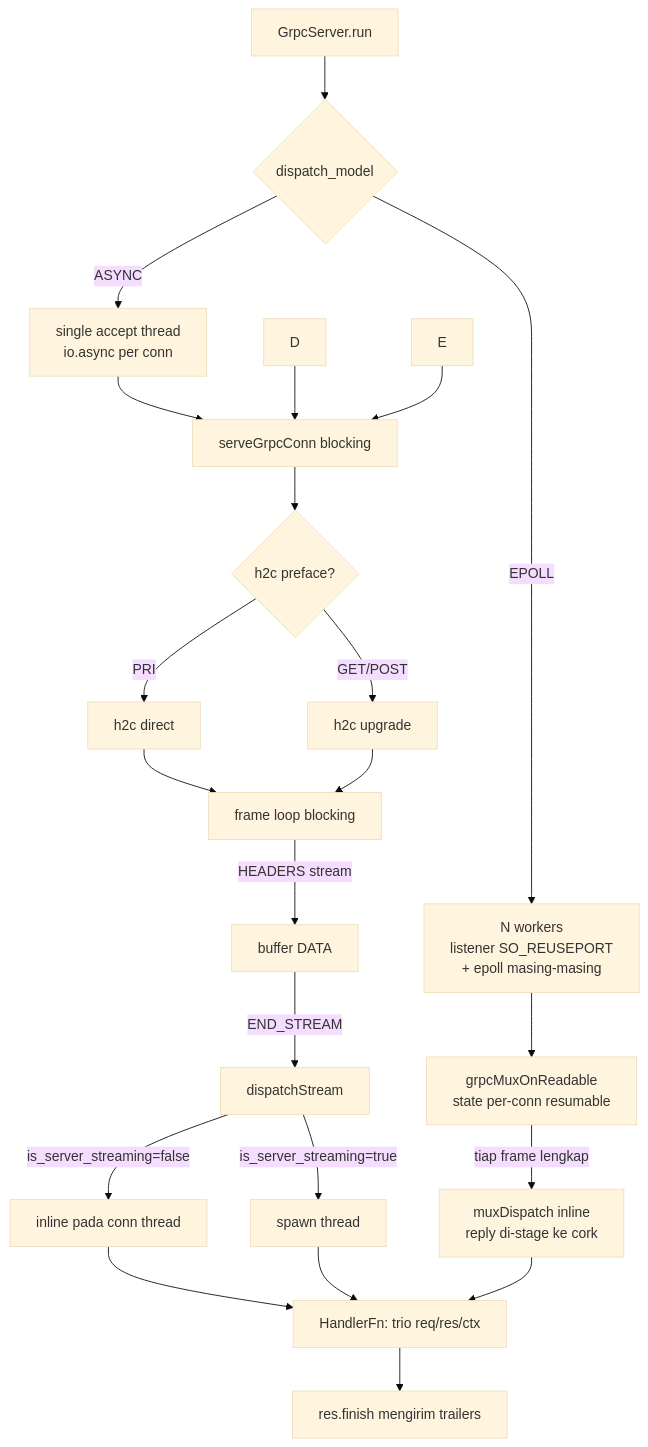
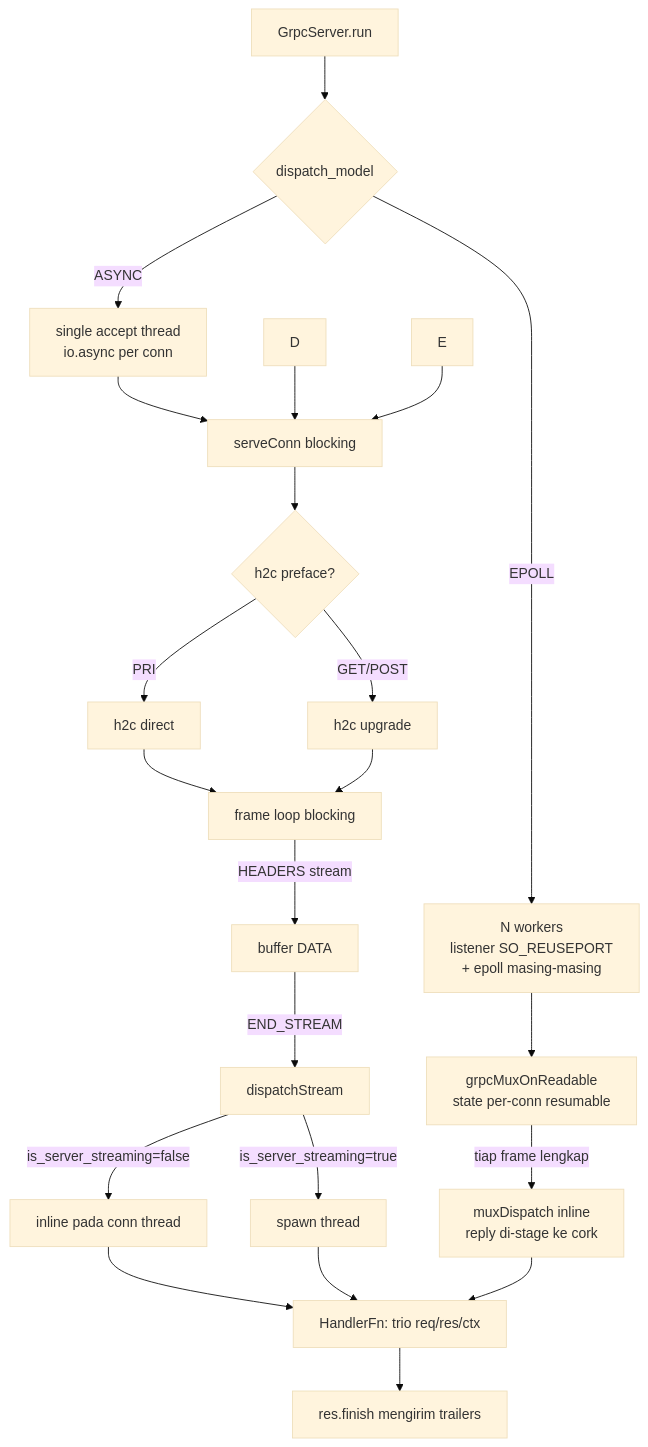
Before and after one commit to prothegee/zix: the third of 4 diagrams in docs/hld-grpc-id.md, drawn with Mermaid (base theme). The commit also changed other lines of this file, not shown here.

````diff
--- a/docs/hld-grpc-id.md
+++ b/docs/hld-grpc-id.md
@@ -339,24 +341,24 @@
 ```mermaid
 flowchart TD
     A[GrpcServer.run] --> B{dispatch_model}
     B -->|ASYNC| C[single accept thread\nio.async per conn]
     B -->|EPOLL| EP[N workers\nlistener SO_REUSEPORT\n+ epoll masing-masing]
-    C --> F[serveGrpcConn blocking]
+    C --> F[serveConn blocking]
     D --> F
     E --> F
     EP --> MX[grpcMuxOnReadable\nstate per-conn resumable]
     F --> G{h2c preface?}
     G -->|PRI| H[h2c direct]
     G -->|GET/POST| I[h2c upgrade]
     H --> J[frame loop blocking]
     I --> J
     J -->|HEADERS stream| K[buffer DATA]
     K -->|END_STREAM| L[dispatchStream]
     L -->|is_server_streaming=false| LI[inline pada conn thread]
     L -->|is_server_streaming=true| LS[spawn thread]
     LI --> M[HandlerFn: trio req/res/ctx]
     LS --> M
     MX -->|tiap frame lengkap| MI[muxDispatch inline\nreply di-stage ke cork]
     MI --> M
     M --> N[res.finish mengirim trailers]
 ```
````
